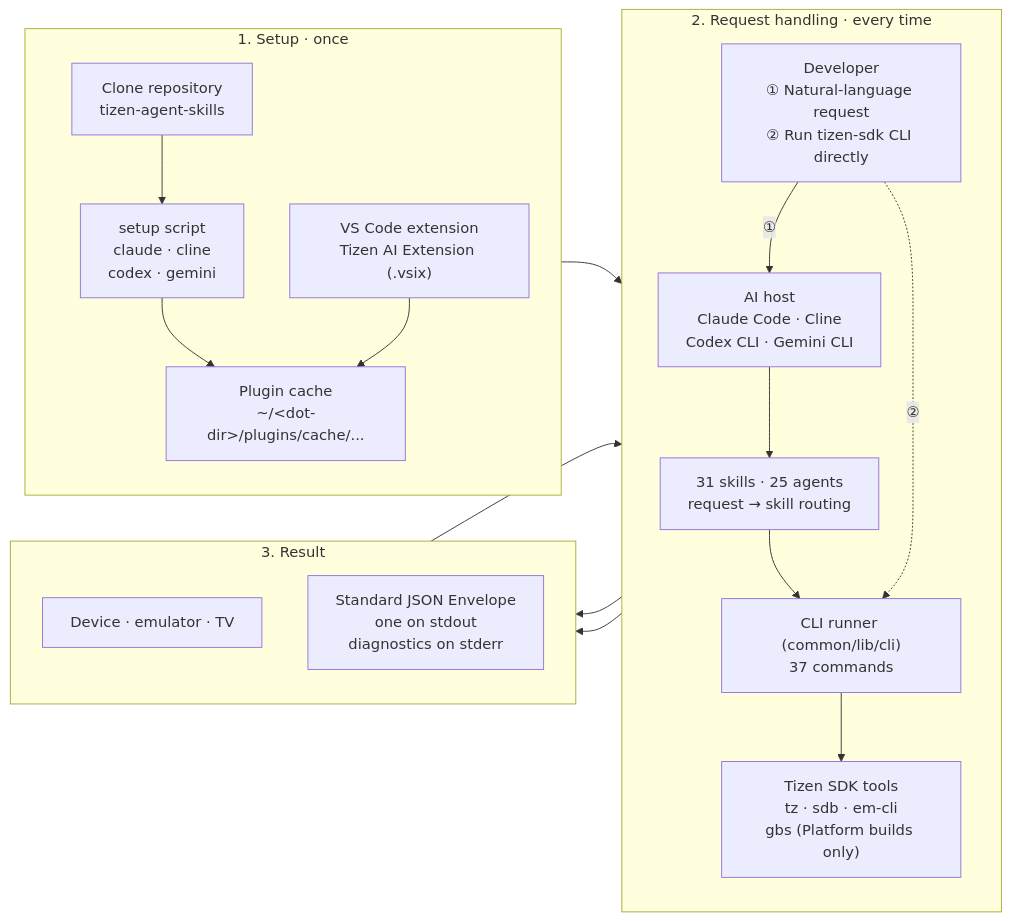
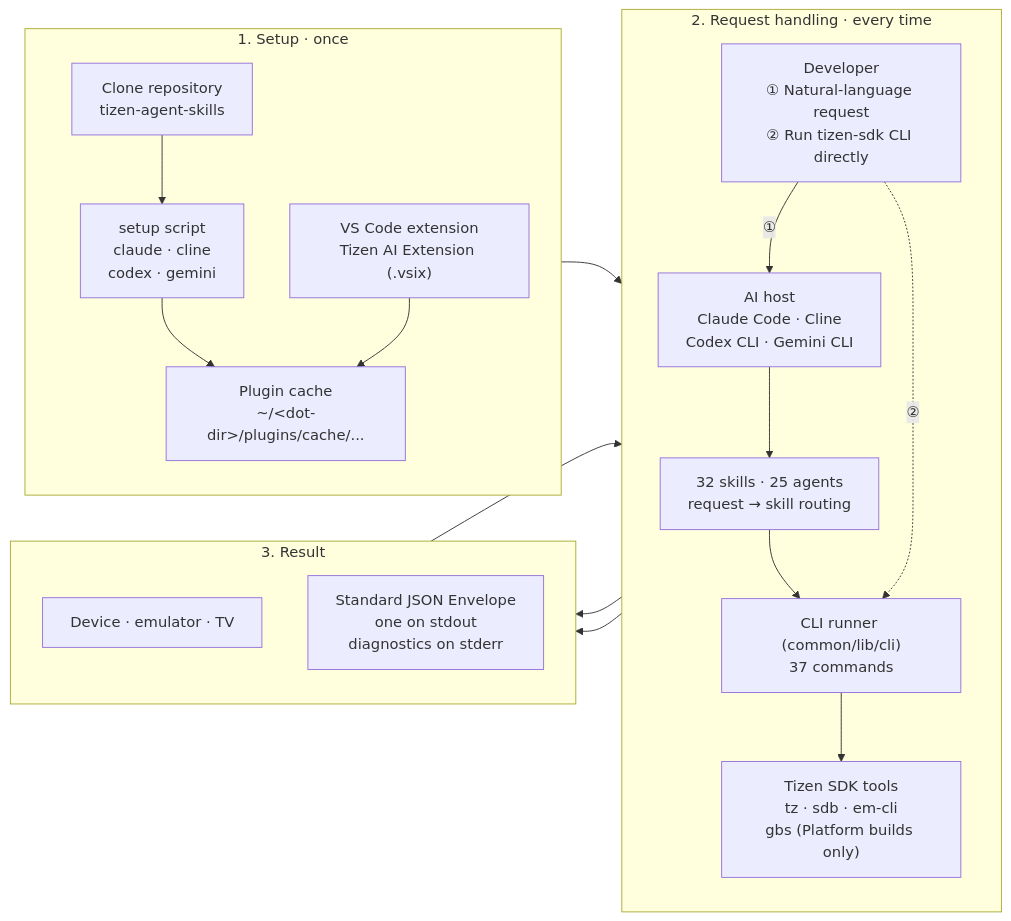
The first of 2 diagrams in tizen-sdk-skills/quick-guide.md (Samsung/tizen-agent-skills), drawn with Mermaid before and after one commit. The commit also changed 20 other files, not shown here.

First line of the commit message:
feat(tizen-sdk-skills): add tizen-guide skill for documentation Q&A

````diff
--- a/tizen-sdk-skills/quick-guide.md
+++ b/tizen-sdk-skills/quick-guide.md
@@ -11,33 +11,33 @@
 ```mermaid
 flowchart LR
     subgraph S1["1. Setup · once"]
         direction TB
         Clone["Clone repository<br/>tizen-agent-skills"] --> Setup["setup script<br/>claude · cline<br/>codex · gemini"]
         VSIX["VS Code extension<br/>Tizen AI Extension (.vsix)"]
         Setup --> Cache["Plugin cache<br/>~/&lt;dot-dir&gt;/plugins/cache/..."]
         VSIX --> Cache
     end
 
     subgraph S2["2. Request handling · every time"]
         direction TB
         Dev["Developer<br/>① Natural-language request<br/>② Run tizen-sdk CLI directly"]
         Host["AI host<br/>Claude Code · Cline<br/>Codex CLI · Gemini CLI"]
-        Skill["31 skills · 25 agents<br/>request → skill routing"]
+        Skill["32 skills · 25 agents<br/>request → skill routing"]
         Runner["CLI runner (common/lib/cli)<br/>37 commands"]
         Tools["Tizen SDK tools<br/>tz · sdb · em-cli<br/>gbs (Platform builds only)"]
         Dev -->|①| Host --> Skill --> Runner
         Dev -.->|②| Runner
         Runner --> Tools
     end
 
     subgraph S3["3. Result"]
         direction TB
         Target["Device · emulator · TV"]
         Env["Standard JSON Envelope<br/>one on stdout<br/>diagnostics on stderr"]
     end
 
     Cache --> Skill
     Tools --> Target
     Runner --> Env
     Env --> Host
 ```
````
